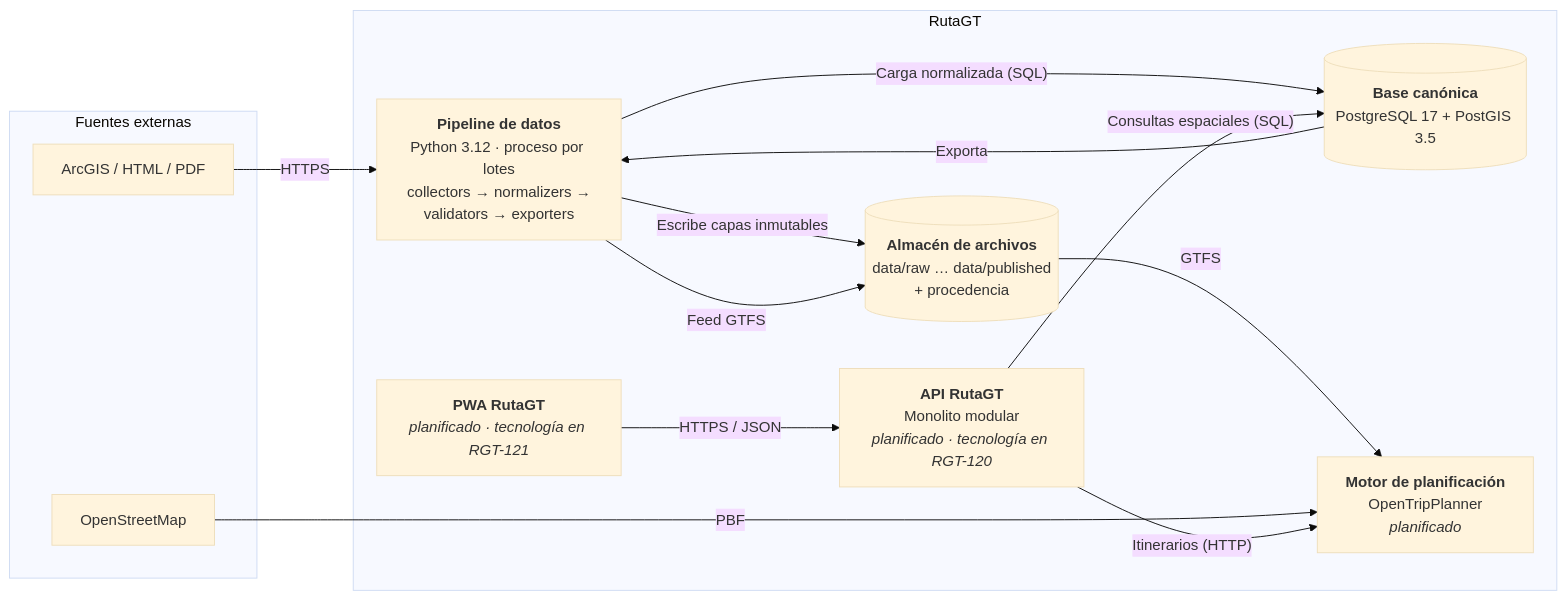
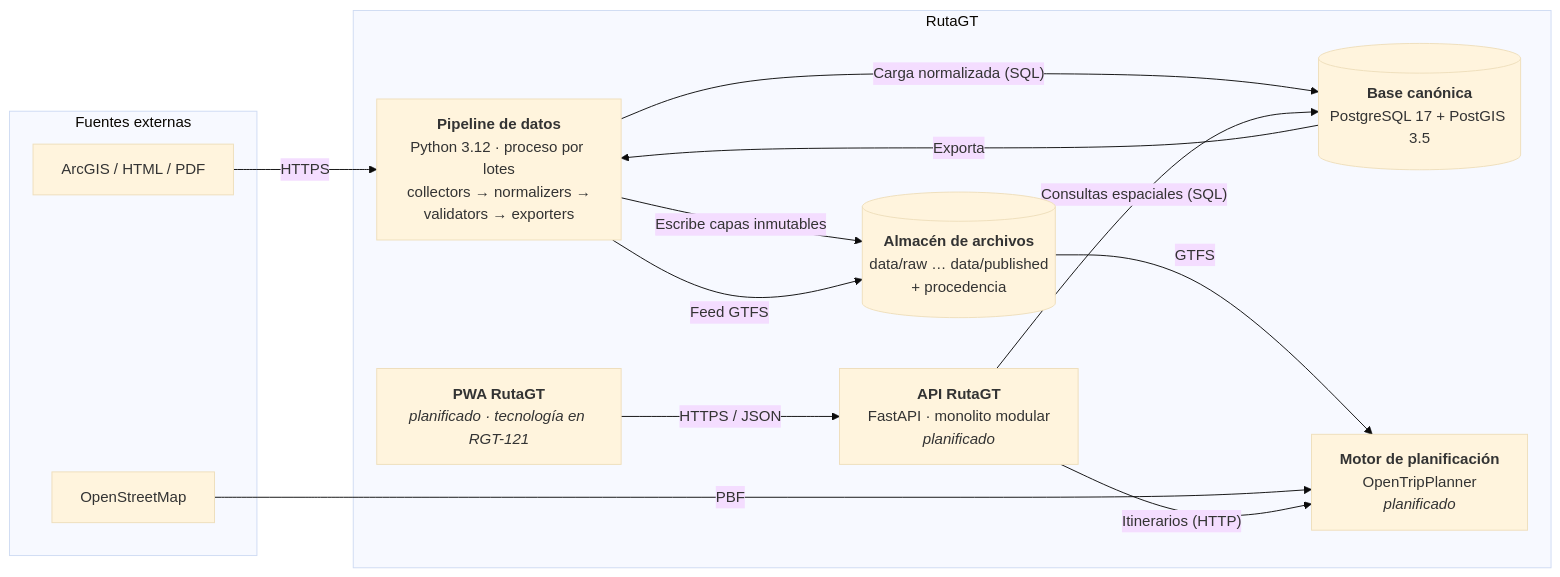
Before and after one commit to Czar272/rutagt-starter: the second of 4 diagrams in docs/architecture/overview.md, drawn with Mermaid (base theme). The commit also changed other lines of this file, not shown here.

Commit message:
docs(RGT-120): record fastapi in architecture overview

````diff
--- a/docs/architecture/overview.md
+++ b/docs/architecture/overview.md
@@ -53,27 +53,27 @@
 ```mermaid
 flowchart LR
     subgraph fuentes["Fuentes externas"]
         arcgis["ArcGIS / HTML / PDF"]
         osm["OpenStreetMap"]
     end
 
     subgraph rutagt["RutaGT"]
         pipeline["<b>Pipeline de datos</b><br/>Python 3.12 · proceso por lotes<br/>collectors → normalizers →<br/>validators → exporters"]
         files[("<b>Almacén de archivos</b><br/>data/raw … data/published<br/>+ procedencia")]
         db[("<b>Base canónica</b><br/>PostgreSQL 17 + PostGIS 3.5")]
         otp["<b>Motor de planificación</b><br/>OpenTripPlanner<br/><i>planificado</i>"]
-        api["<b>API RutaGT</b><br/>Monolito modular<br/><i>planificado · tecnología en RGT-120</i>"]
+        api["<b>API RutaGT</b><br/>FastAPI · monolito modular<br/><i>planificado</i>"]
         pwa["<b>PWA RutaGT</b><br/><i>planificado · tecnología en RGT-121</i>"]
     end
 
     arcgis -- "HTTPS" --> pipeline
     pipeline -- "Escribe capas inmutables" --> files
     pipeline -- "Carga normalizada (SQL)" --> db
     db -- "Exporta" --> pipeline
     pipeline -- "Feed GTFS" --> files
     files -- "GTFS" --> otp
     osm -- "PBF" --> otp
     api -- "Consultas espaciales (SQL)" --> db
     api -- "Itinerarios (HTTP)" --> otp
     pwa -- "HTTPS / JSON" --> api
 ```
````
